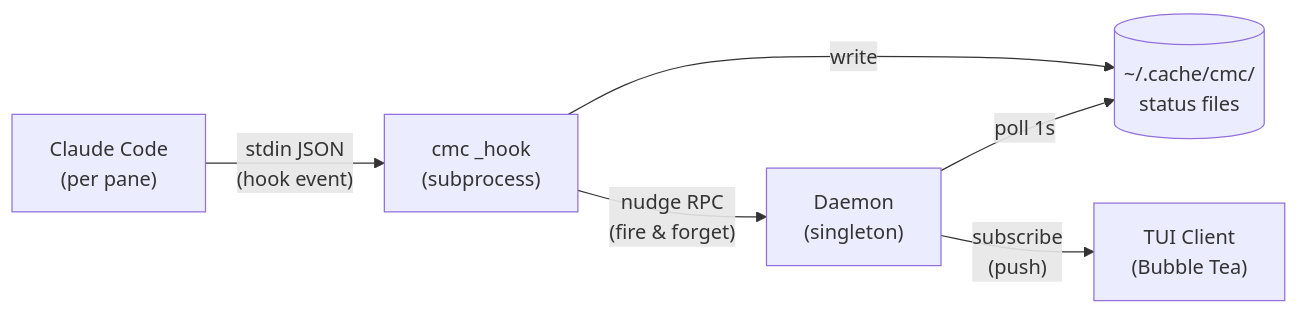
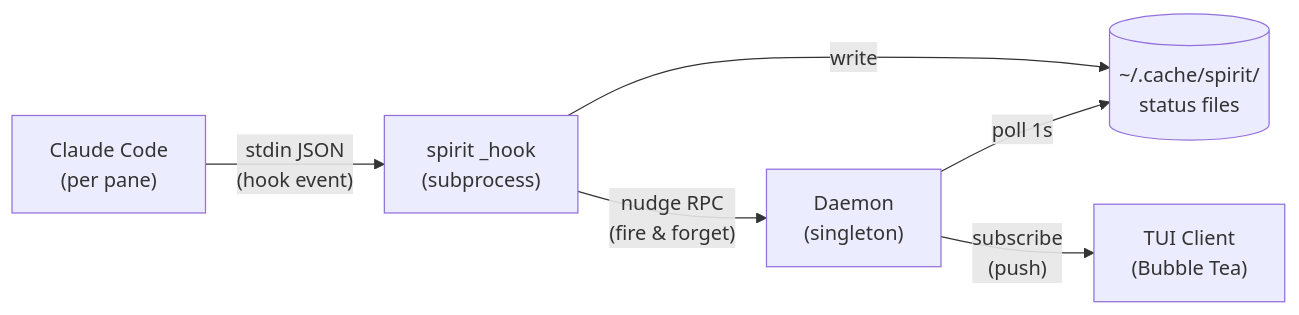
One commit to huylenq/spirit changed the first of 10 diagrams in docs/architecture.md. Above: the diagram before and after it, drawn with Mermaid. The commit also changed other lines of this file and 99 other files, not shown here.

First line of the commit message:
refactor: rebrand claude-mission-control/cmc to spirit

````diff
--- a/docs/architecture.md
+++ b/docs/architecture.md
@@ -7,14 +7,14 @@
 ```mermaid
 flowchart LR
     CC["Claude Code<br/>(per pane)"]
-    Hook["cmc _hook<br/>(subprocess)"]
-    Files[("~/.cache/cmc/<br/>status files")]
+    Hook["spirit _hook<br/>(subprocess)"]
+    Files[("~/.cache/spirit/<br/>status files")]
     Daemon["Daemon<br/>(singleton)"]
     TUI["TUI Client<br/>(Bubble Tea)"]
 
     CC -- "stdin JSON<br/>(hook event)" --> Hook
     Hook -- "write" --> Files
     Hook -- "nudge RPC<br/>(fire & forget)" --> Daemon
     Daemon -- "poll 1s" --> Files
     Daemon -- "subscribe<br/>(push)" --> TUI
 ```
````
